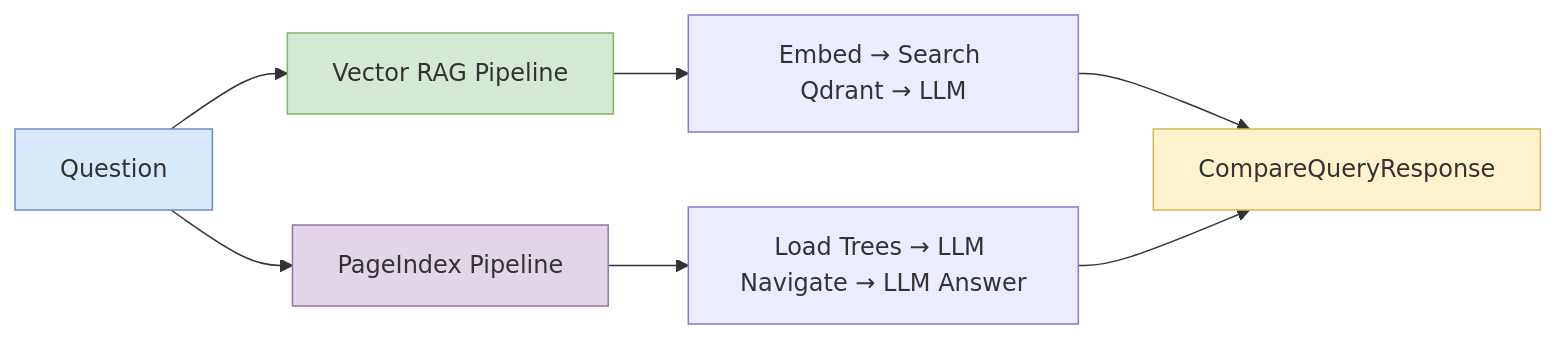
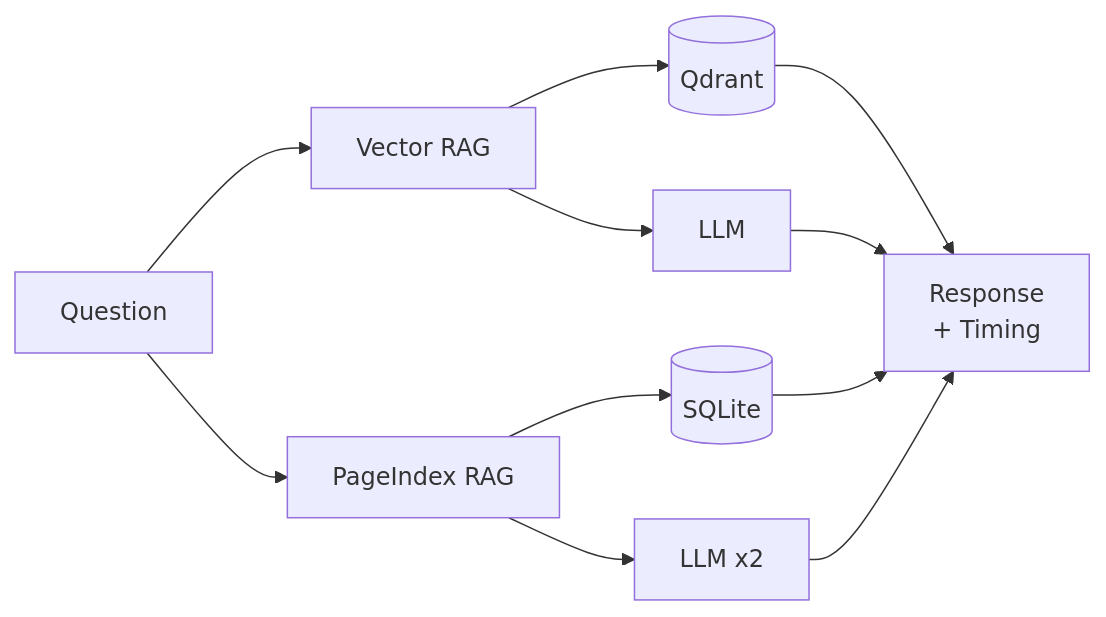
The fifth of 5 diagrams in README.md (ksaddamfse-ai/VectorRAGvsPageIndexRAG), drawn with Mermaid before and after one commit. The commit also changed other lines of this file and 3 other files, not shown here.

First line of the commit message:
feat(api): add response timing to compare endpoint

````diff
--- a/README.md
+++ b/README.md
@@ -92,14 +59,13 @@
 ```mermaid
 flowchart LR
-    A[Question] --> B[Vector RAG Pipeline]
-    A --> C[PageIndex Pipeline]
-    B --> D[Embed → Search Qdrant → LLM]
-    C --> E[Load Trees → LLM Navigate → LLM Answer]
-    D --> F[CompareQueryResponse]
-    E --> F
-
-    style A fill:#dae8fc,stroke:#6c8ebf
-    style B fill:#d5e8d4,stroke:#82b366
-    style C fill:#e1d5e7,stroke:#9673a6
-    style F fill:#fff2cc,stroke:#d6b656
+    A[Question] --> B[Vector RAG]
+    A --> C[PageIndex RAG]
+    B --> D[(Qdrant)]
+    B --> E[LLM]
+    C --> F[(SQLite)]
+    C --> G[LLM x2]
+    D --> H[Response\n+ Timing]
+    E --> H
+    F --> H
+    G --> H
 ```
````
